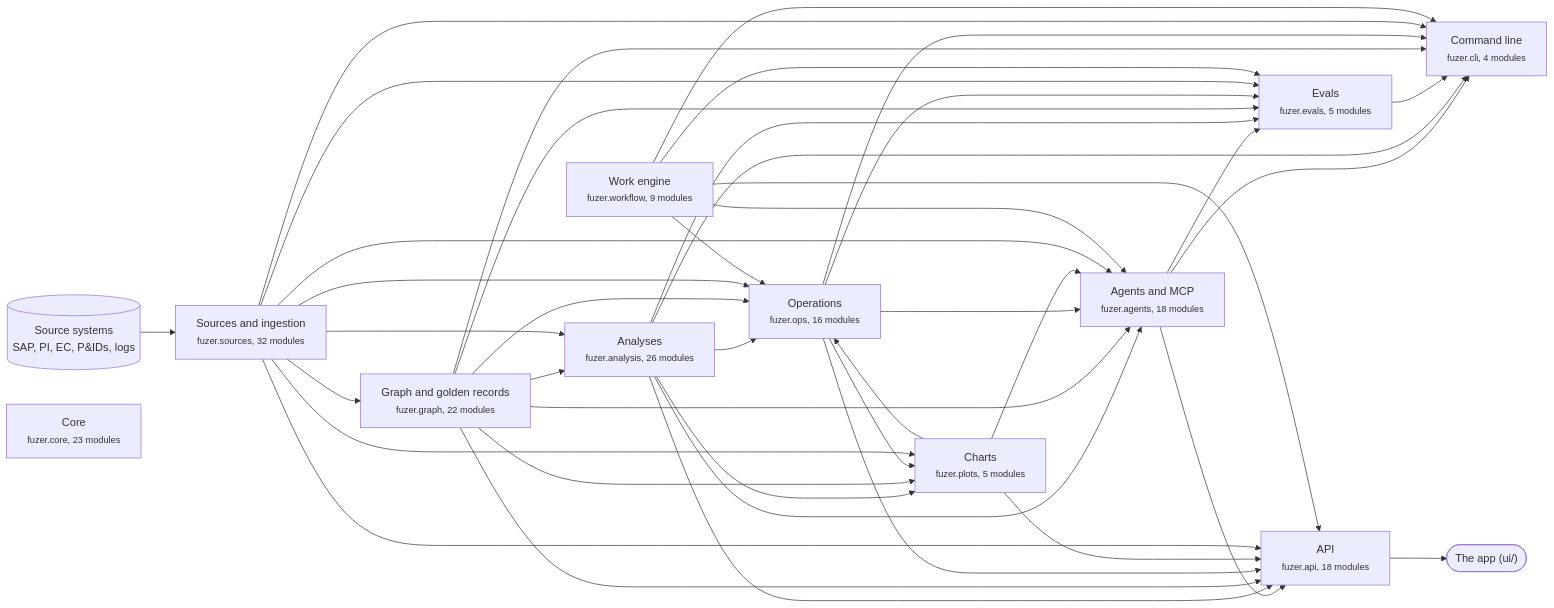
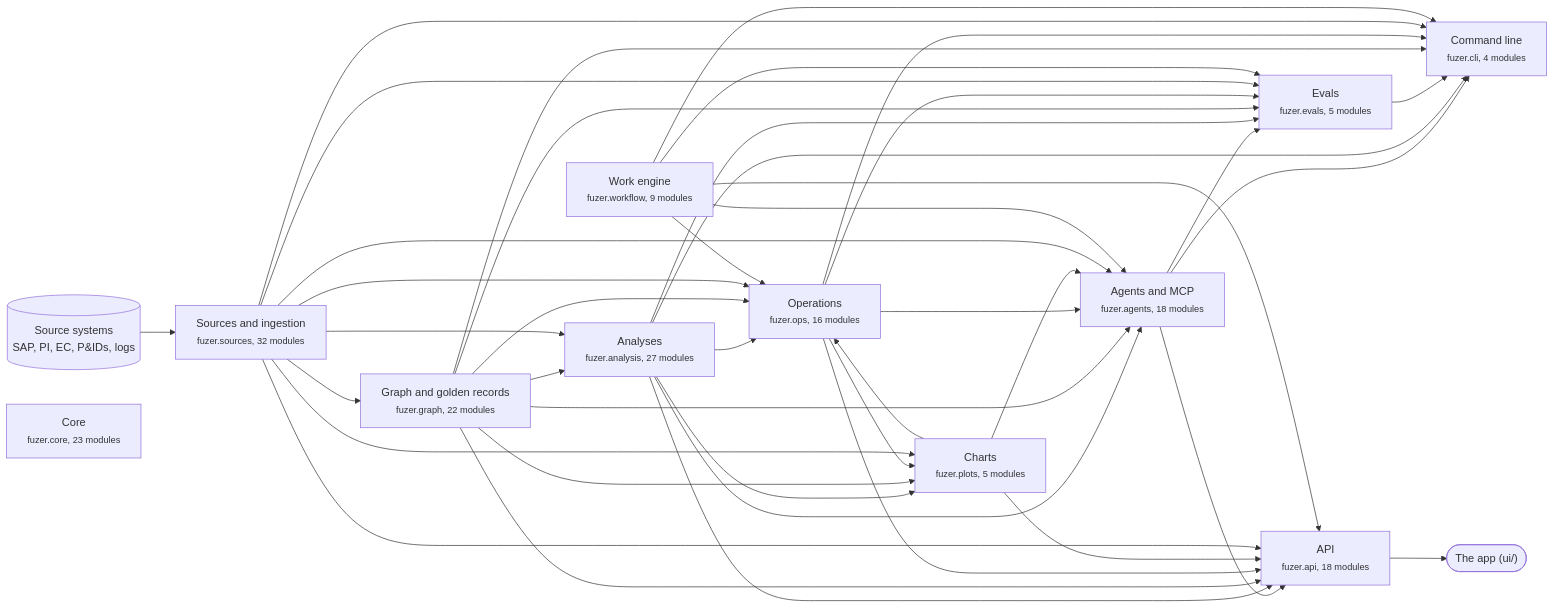
One commit to areed145/fuzer changed the first of 3 diagrams in docs/architecture.md. Above: the diagram before and after it, drawn with Mermaid. The commit also changed other lines of this file and 17 other files, not shown here.

````diff
--- a/docs/architecture.md
+++ b/docs/architecture.md
@@ -8,66 +8,66 @@
 ```mermaid
 flowchart LR
   systems[("Source systems<br>SAP, PI, EC, P&IDs, logs")] --> c_sources
   app(["The app (ui/)"])
   c_api --> app
   c_sources["Sources and ingestion<br><small>fuzer.sources, 32 modules</small>"]
   c_graph["Graph and golden records<br><small>fuzer.graph, 22 modules</small>"]
-  c_analysis["Analyses<br><small>fuzer.analysis, 26 modules</small>"]
+  c_analysis["Analyses<br><small>fuzer.analysis, 27 modules</small>"]
   c_ops["Operations<br><small>fuzer.ops, 16 modules</small>"]
   c_plots["Charts<br><small>fuzer.plots, 5 modules</small>"]
   c_workflow["Work engine<br><small>fuzer.workflow, 9 modules</small>"]
   c_agents["Agents and MCP<br><small>fuzer.agents, 18 modules</small>"]
   c_evals["Evals<br><small>fuzer.evals, 5 modules</small>"]
   c_api["API<br><small>fuzer.api, 18 modules</small>"]
   c_cli["Command line<br><small>fuzer.cli, 4 modules</small>"]
   c_core["Core<br><small>fuzer.core, 23 modules</small>"]
   c_sources --> c_graph
   c_graph --> c_analysis
   c_sources --> c_analysis
   c_analysis --> c_ops
   c_graph --> c_ops
   c_plots --> c_ops
   c_sources --> c_ops
   c_workflow --> c_ops
   c_analysis --> c_plots
   c_graph --> c_plots
   c_ops --> c_plots
   c_sources --> c_plots
   c_analysis --> c_agents
   c_graph --> c_agents
   c_ops --> c_agents
   c_plots --> c_agents
   c_sources --> c_agents
   c_workflow --> c_agents
   c_agents --> c_evals
   c_analysis --> c_evals
   c_graph --> c_evals
   c_ops --> c_evals
   c_sources --> c_evals
   c_workflow --> c_evals
   c_agents --> c_api
   c_analysis --> c_api
   c_graph --> c_api
   c_ops --> c_api
   c_plots --> c_api
   c_sources --> c_api
   c_workflow --> c_api
   c_agents --> c_cli
   c_analysis --> c_cli
   c_evals --> c_cli
   c_graph --> c_cli
   c_ops --> c_cli
   c_sources --> c_cli
   c_workflow --> c_cli
   click c_sources "https://github.com/areed145/fuzer/tree/main/src/fuzer/sources"
   click c_graph "https://github.com/areed145/fuzer/tree/main/src/fuzer/graph"
   click c_analysis "https://github.com/areed145/fuzer/tree/main/src/fuzer/analysis"
   click c_ops "https://github.com/areed145/fuzer/tree/main/src/fuzer/ops"
   click c_plots "https://github.com/areed145/fuzer/tree/main/src/fuzer/plots"
   click c_workflow "https://github.com/areed145/fuzer/tree/main/src/fuzer/workflow"
   click c_agents "https://github.com/areed145/fuzer/tree/main/src/fuzer/agents"
   click c_evals "https://github.com/areed145/fuzer/tree/main/src/fuzer/evals"
   click c_api "https://github.com/areed145/fuzer/tree/main/src/fuzer/api"
   click c_cli "https://github.com/areed145/fuzer/tree/main/src/fuzer/cli"
   click c_core "https://github.com/areed145/fuzer/tree/main/src/fuzer/core"
 ```
````
